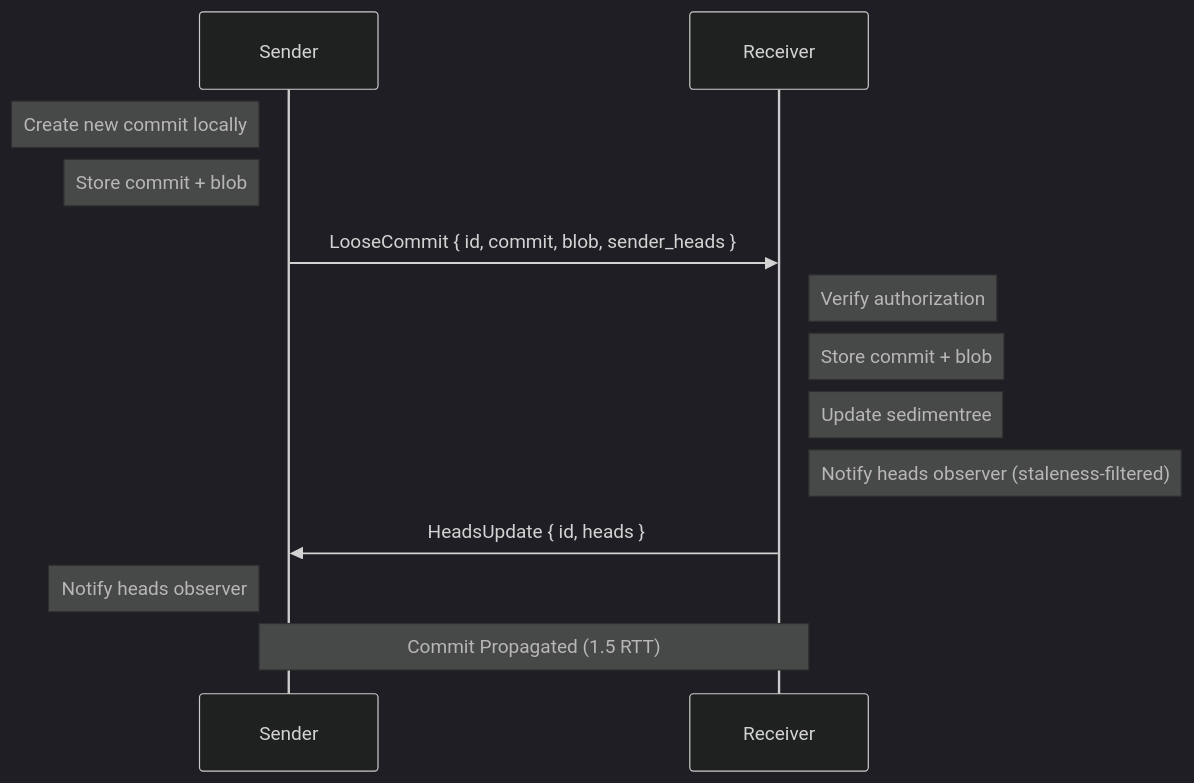
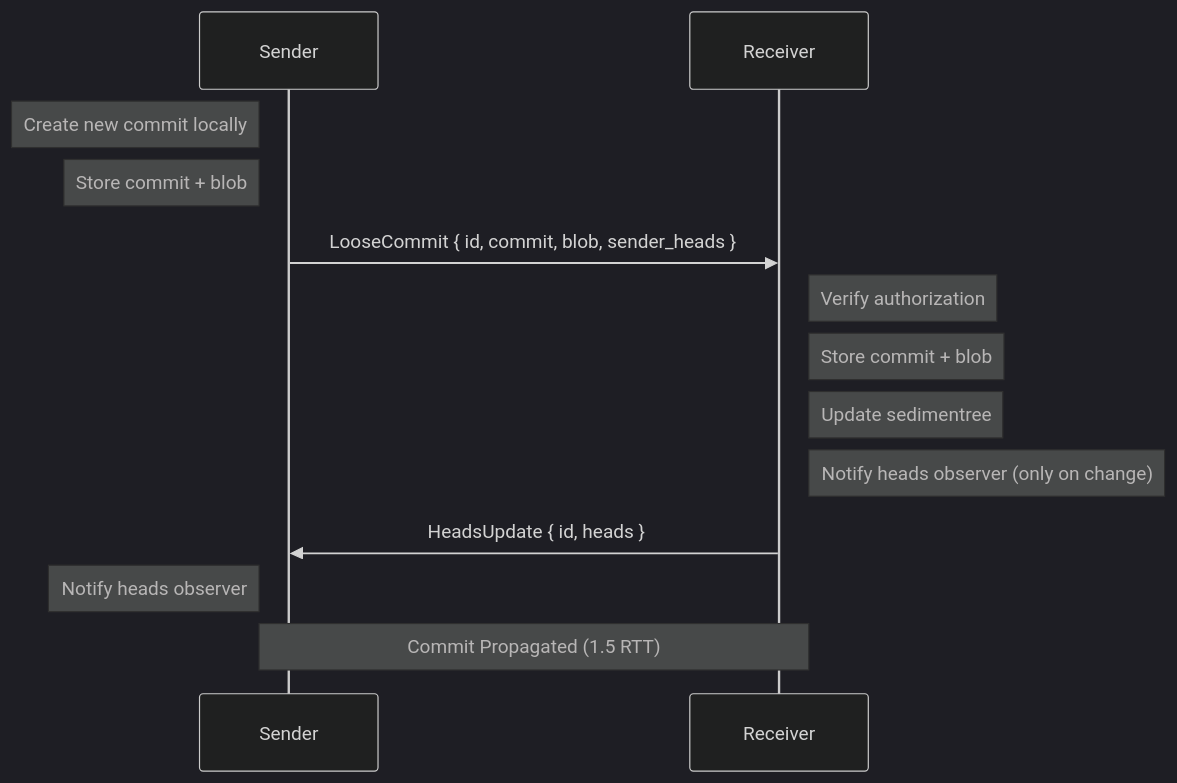
The third of 4 diagrams in design/sync/incremental.md (inkandswitch/subduction), drawn with Mermaid (dark theme) before and after one commit. The commit also changed other lines of this file and 14 other files, not shown here.

````diff
--- a/design/sync/incremental.md
+++ b/design/sync/incremental.md
@@ -140,20 +140,20 @@
 ```mermaid
 sequenceDiagram
     participant A as Sender
     participant B as Receiver
 
     Note left of A: Create new commit locally
     Note left of A: Store commit + blob
 
     A->>B: LooseCommit { id, commit, blob, sender_heads }
 
     Note right of B: Verify authorization
     Note right of B: Store commit + blob
     Note right of B: Update sedimentree
-    Note right of B: Notify heads observer (staleness-filtered)
+    Note right of B: Notify heads observer (only on change)
 
     B->>A: HeadsUpdate { id, heads }
     Note left of A: Notify heads observer
 
     Note over A,B: Commit Propagated (1.5 RTT)
 ```
````
